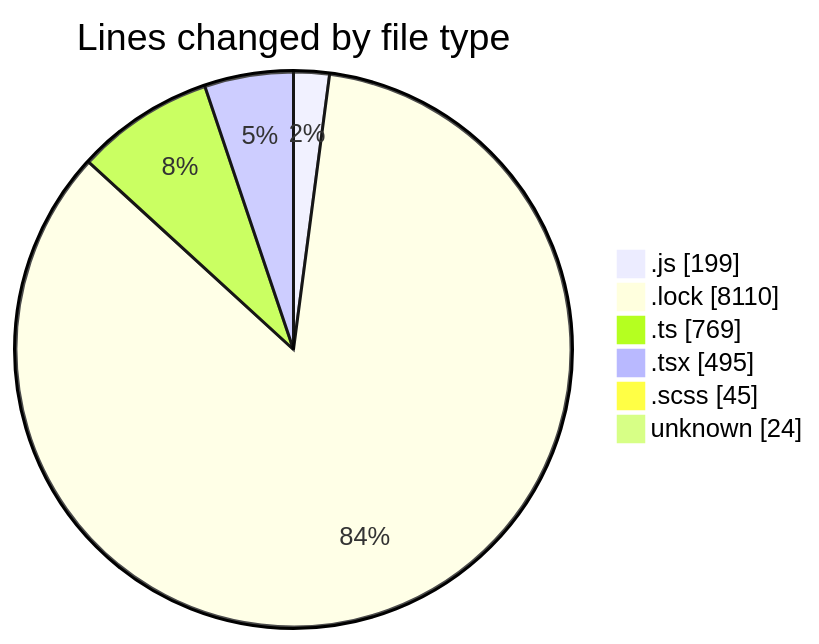
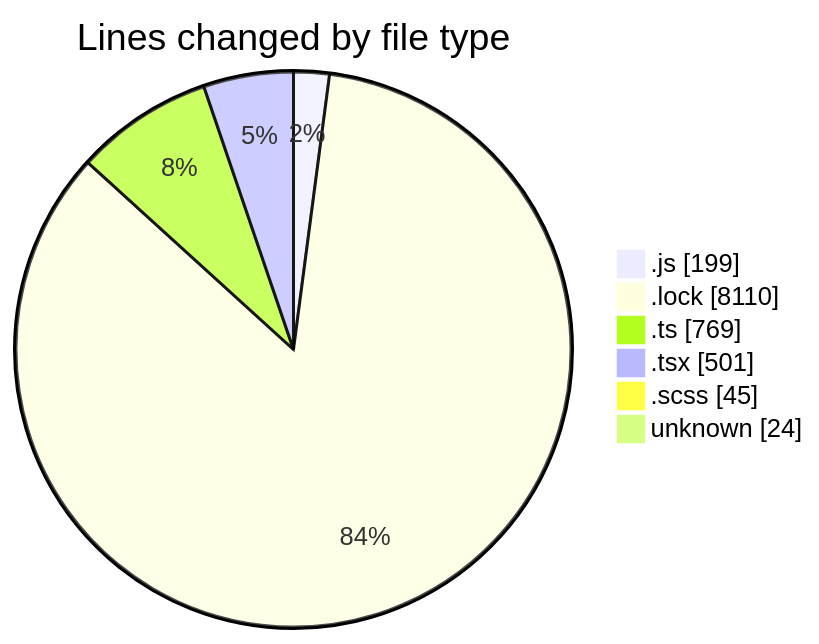
The first of 2 diagrams in 2025-02-07/cda/README.md (momahboobian/code-tracking), drawn with Mermaid before and after one commit. The commit also changed other lines of this file and 1 other file, not shown here.

````diff
--- a/2025-02-07/cda/README.md
+++ b/2025-02-07/cda/README.md
@@ -48,10 +48,10 @@
 ```mermaid
 pie showData
 title Lines changed by file type
 ".js" : 199
 ".lock" : 8110
 ".ts" : 769
-".tsx" : 495
+".tsx" : 501
 ".scss" : 45
 "unknown" : 24
 ```
````
